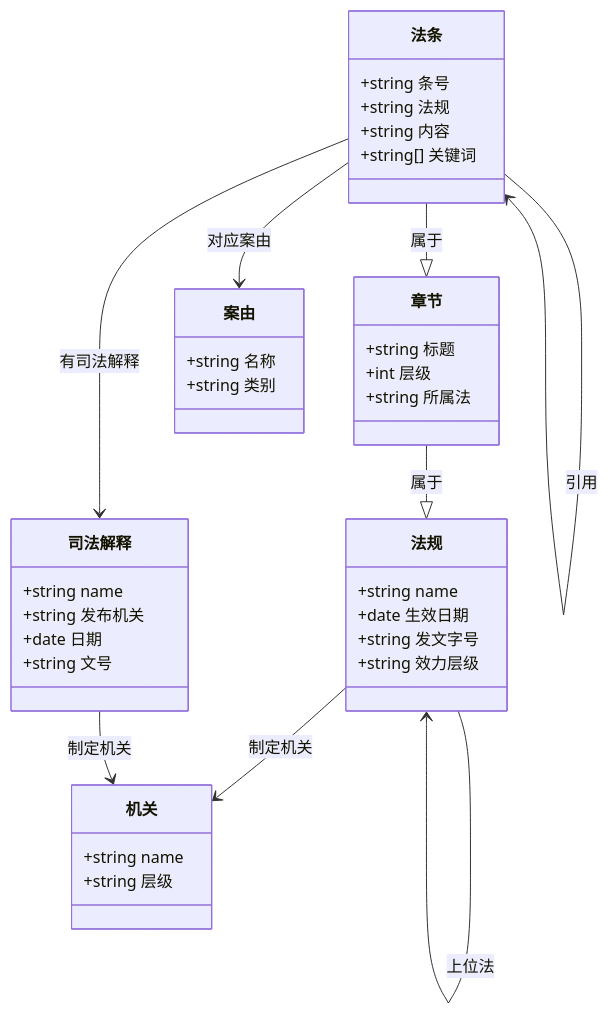
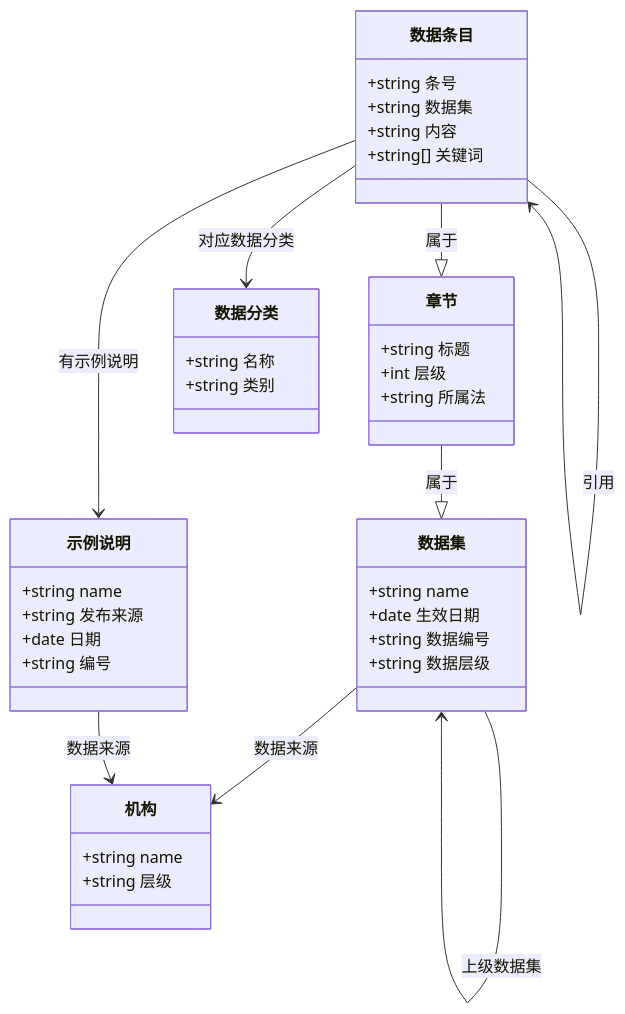
The first of 3 diagrams in docs/design/design-legal-domain.md (Jia-Yihao/My-Agentix), drawn with Mermaid before and after one commit. The commit also changed other lines of this file and 197 other files, not shown here.

````diff
--- a/docs/design/design-legal-domain.md
+++ b/docs/design/design-legal-domain.md
@@ -75,42 +77,42 @@
 ```mermaid
 classDiagram
-    class 法规 {
+    class 数据集 {
         +string name
         +date 生效日期
-        +string 发文字号
-        +string 效力层级
+        +string 数据编号
+        +string 数据层级
     }
-    class 法条 {
+    class 数据条目 {
         +string 条号
-        +string 法规
+        +string 数据集
         +string 内容
         +string[] 关键词
     }
     class 章节 {
         +string 标题
         +int 层级
         +string 所属法
     }
-    class 案由 {
+    class 数据分类 {
         +string 名称
         +string 类别
     }
-    class 司法解释 {
+    class 示例说明 {
         +string name
-        +string 发布机关
+        +string 发布来源
         +date 日期
-        +string 文号
+        +string 编号
     }
-    class 机关 {
+    class 机构 {
         +string name
         +string 层级
     }
-    法条 --|> 章节 : 属于
-    章节 --|> 法规 : 属于
-    法条 --> 法条 : 引用
-    法条 --> 案由 : 对应案由
-    法条 --> 司法解释 : 有司法解释
-    法规 --> 机关 : 制定机关
-    司法解释 --> 机关 : 制定机关
-    法规 --> 法规 : 上位法
+    数据条目 --|> 章节 : 属于
+    章节 --|> 数据集 : 属于
+    数据条目 --> 数据条目 : 引用
+    数据条目 --> 数据分类 : 对应数据分类
+    数据条目 --> 示例说明 : 有示例说明
+    数据集 --> 机构 : 数据来源
+    示例说明 --> 机构 : 数据来源
+    数据集 --> 数据集 : 上级数据集
 ```
````
